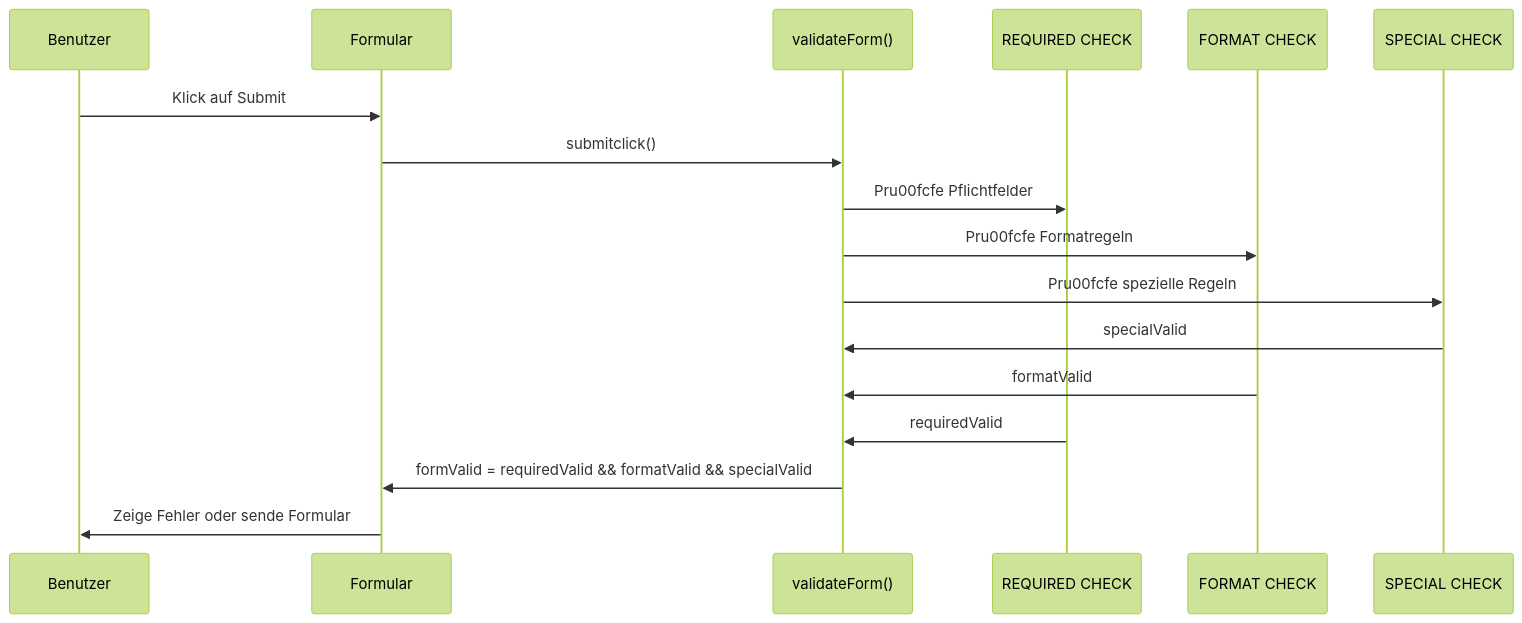
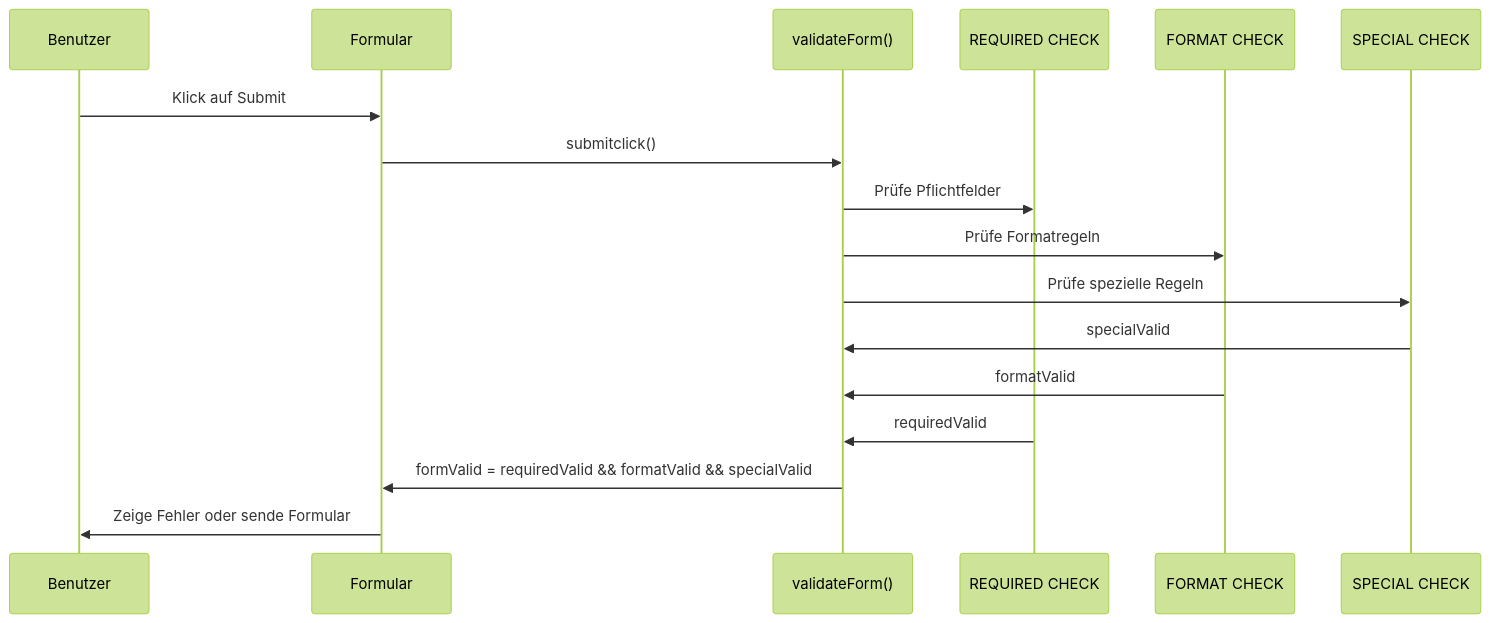
One commit to tt44mm/DSBsommeranmeldung2025 changed the second of 3 diagrams in instructions/jsvalidations.md. Above: the diagram before and after it, drawn with Mermaid (forest theme). The commit also changed other lines of this file and 3 other files, not shown here.

````diff
--- a/instructions/jsvalidations.md
+++ b/instructions/jsvalidations.md
@@ -289,20 +289,20 @@
 ```mermaid
 sequenceDiagram
     participant U as Benutzer
     participant F as Formular
     participant V as validateForm()
     participant R as REQUIRED CHECK
     participant FMT as FORMAT CHECK
     participant S as SPECIAL CHECK
     
     U->>F: Klick auf Submit
     F->>V: submitclick()
-    V->>R: Pru00fcfe Pflichtfelder
-    V->>FMT: Pru00fcfe Formatregeln
-    V->>S: Pru00fcfe spezielle Regeln
+    V->>R: Prüfe Pflichtfelder
+    V->>FMT: Prüfe Formatregeln
+    V->>S: Prüfe spezielle Regeln
     S->>V: specialValid
     FMT->>V: formatValid
     R->>V: requiredValid
     V->>F: formValid = requiredValid && formatValid && specialValid
     F->>U: Zeige Fehler oder sende Formular
 ```
````
